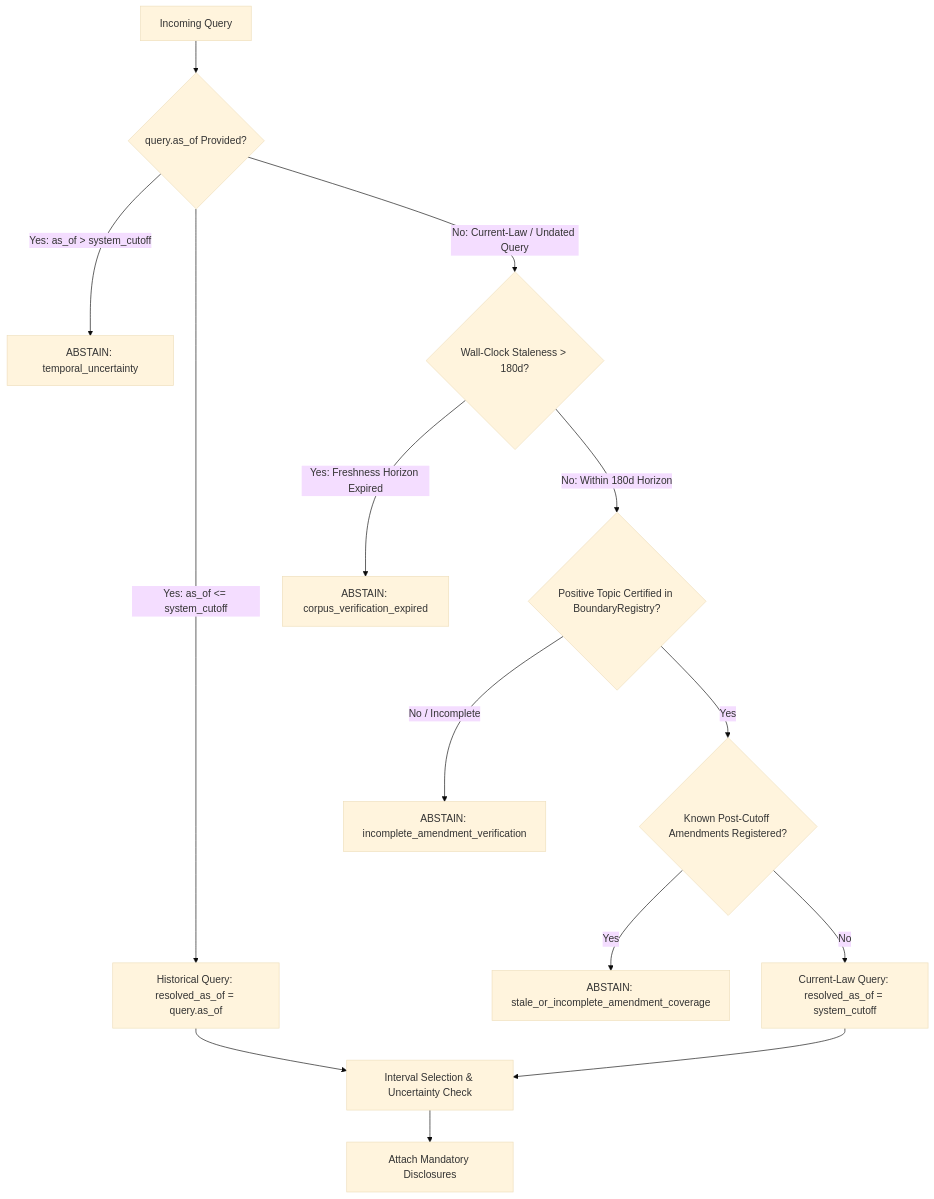
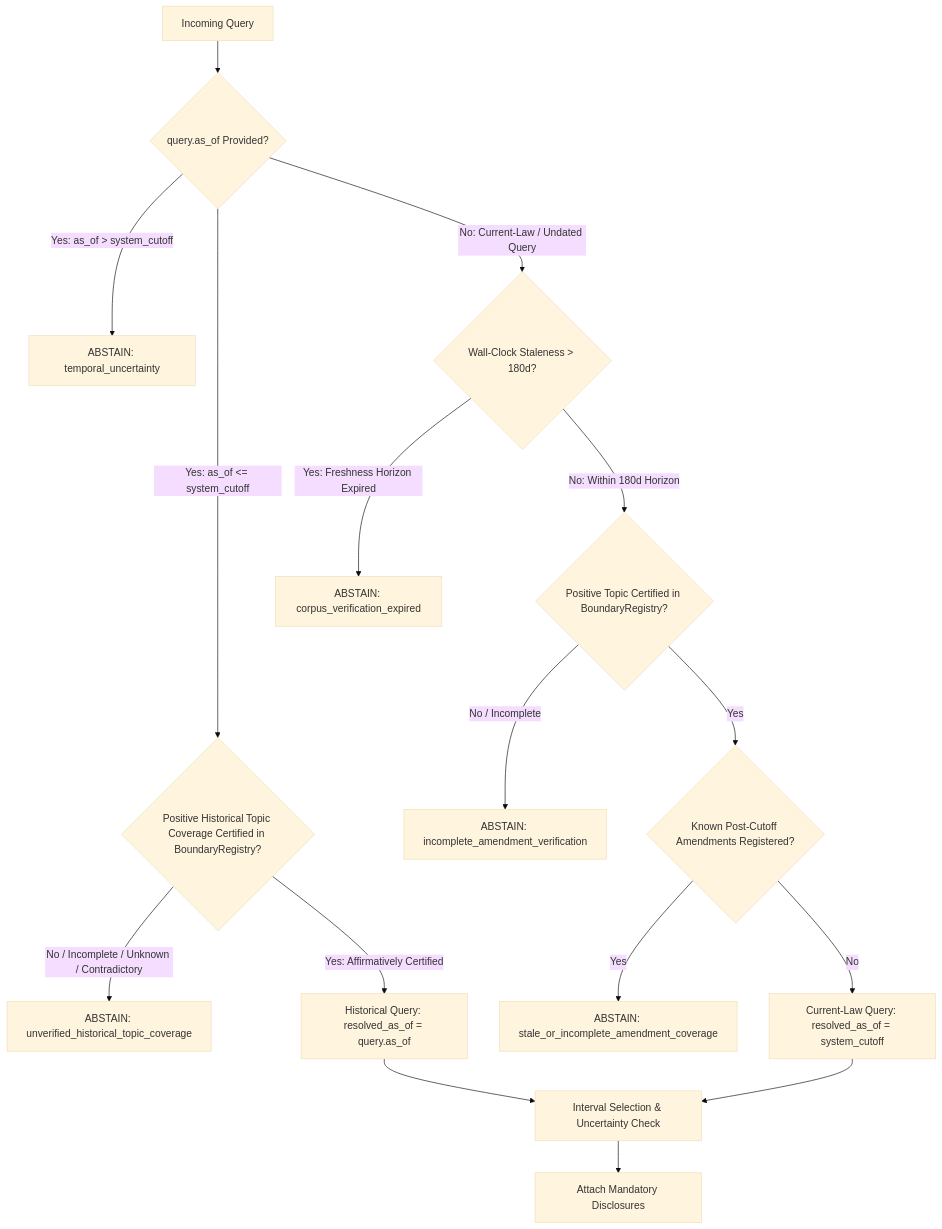
One commit to Adithya-1508/LexAgent changed the diagram in specs/phase-5.2/contracts/retrieval_and_verifier_contracts.md. Above: the diagram before and after it, drawn with Mermaid (base theme). The commit also changed other lines of this file and 16 other files, not shown here.

Commit message:
fix(spec): close final M5.2.0 legal safety and schema findings

````diff
--- a/specs/phase-5.2/contracts/retrieval_and_verifier_contracts.md
+++ b/specs/phase-5.2/contracts/retrieval_and_verifier_contracts.md
@@ -68,16 +68,18 @@
 ```mermaid
 flowchart TD
     Q[Incoming Query] --> C0{query.as_of Provided?}
     C0 -- Yes: as_of > system_cutoff --> A1[ABSTAIN: temporal_uncertainty]
-    C0 -- Yes: as_of <= system_cutoff --> H1[Historical Query: resolved_as_of = query.as_of]
+    C0 -- Yes: as_of <= system_cutoff --> C0B{Positive Historical Topic Coverage Certified in BoundaryRegistry?}
+    C0B -- No / Incomplete / Unknown / Contradictory --> A1B[ABSTAIN: unverified_historical_topic_coverage]
+    C0B -- Yes: Affirmatively Certified --> H1[Historical Query: resolved_as_of = query.as_of]
     C0 -- No: Current-Law / Undated Query --> C1{Wall-Clock Staleness > 180d?}
     C1 -- Yes: Freshness Horizon Expired --> A2[ABSTAIN: corpus_verification_expired]
     C1 -- No: Within 180d Horizon --> C2{Positive Topic Certified in BoundaryRegistry?}
     C2 -- No / Incomplete --> A3[ABSTAIN: incomplete_amendment_verification]
     C2 -- Yes --> C3{Known Post-Cutoff Amendments Registered?}
     C3 -- Yes --> A4[ABSTAIN: stale_or_incomplete_amendment_coverage]
     C3 -- No --> H2[Current-Law Query: resolved_as_of = system_cutoff]
     H1 --> S1[Interval Selection & Uncertainty Check]
     H2 --> S1
     S1 --> D1[Attach Mandatory Disclosures]
 ```
````
